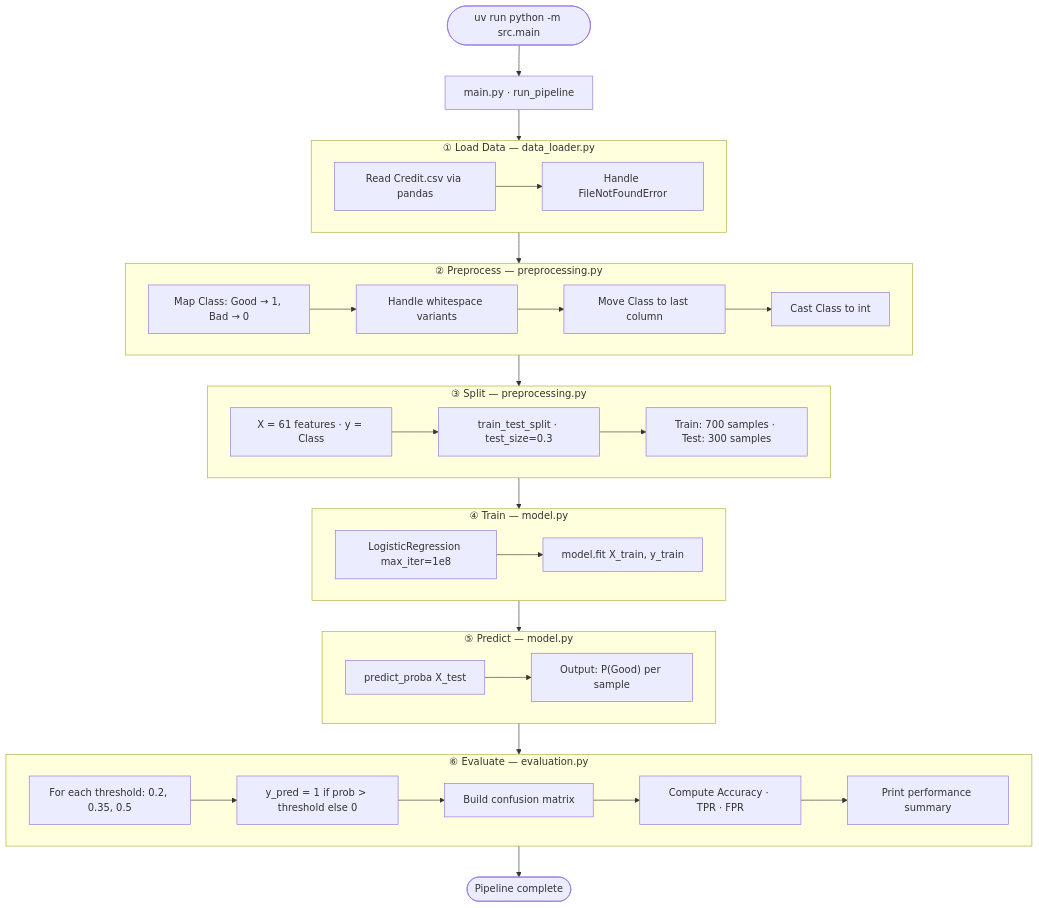
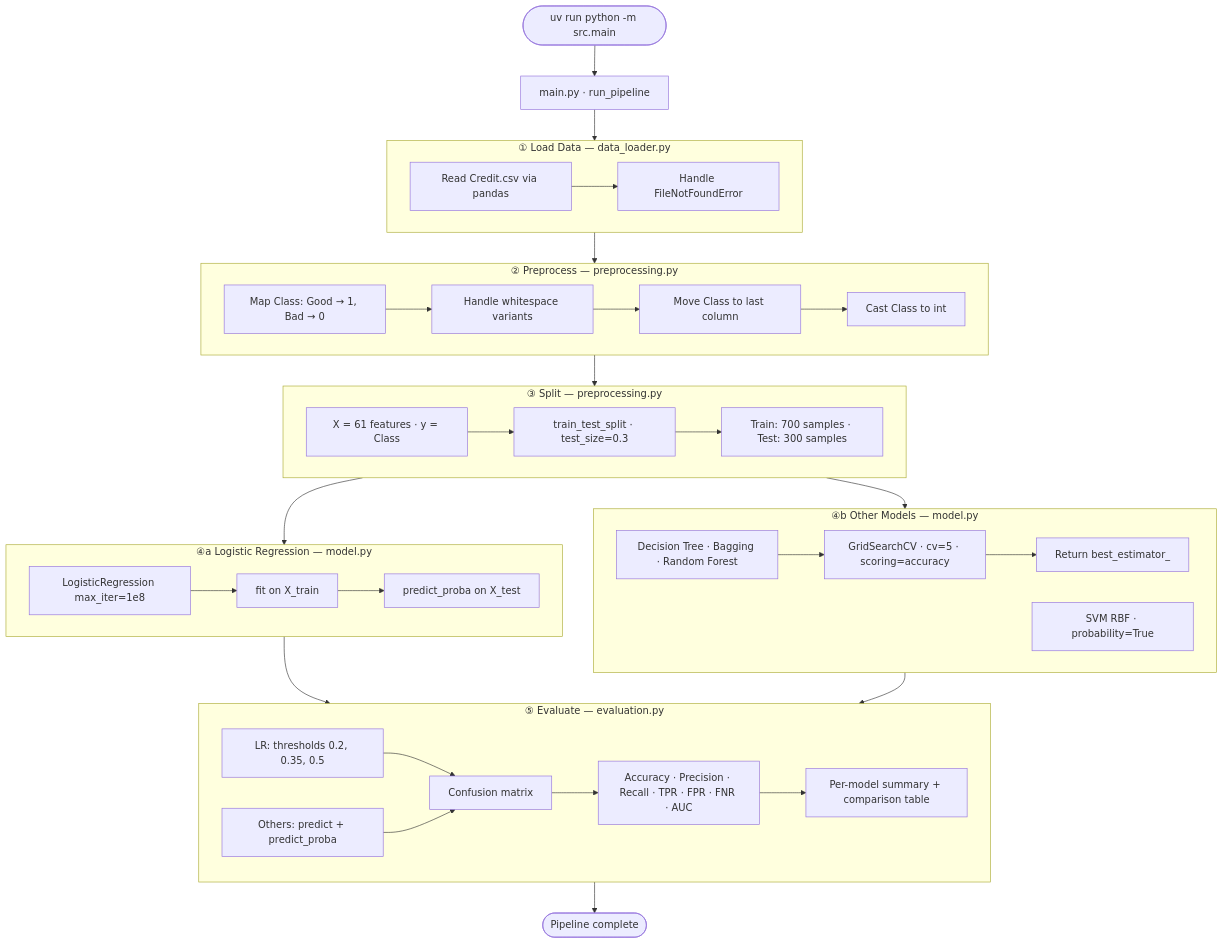
Before and after one commit to yhimanshu22/credit_risk_assessment: the first of 4 diagrams in architecture.md, drawn with Mermaid. The commit also changed other lines of this file, not shown here.

````diff
--- a/architecture.md
+++ b/architecture.md
@@ -19,52 +20,59 @@
 ```mermaid
 flowchart TB
     START([uv run python -m src.main]) --> MAIN[main.py · run_pipeline]
 
     MAIN --> S1
 
     subgraph S1["① Load Data — data_loader.py"]
         L1[Read Credit.csv via pandas]
         L2[Handle FileNotFoundError]
         L1 --> L2
     end
 
     subgraph S2["② Preprocess — preprocessing.py"]
         P1[Map Class: Good → 1, Bad → 0]
         P2[Handle whitespace variants]
         P3[Move Class to last column]
         P4[Cast Class to int]
         P1 --> P2 --> P3 --> P4
     end
 
     subgraph S3["③ Split — preprocessing.py"]
         SP1[X = 61 features · y = Class]
         SP2[train_test_split · test_size=0.3]
         SP3["Train: 700 samples · Test: 300 samples"]
         SP1 --> SP2 --> SP3
     end
 
-    subgraph S4["④ Train — model.py"]
-        T1[LogisticRegression max_iter=1e8]
-        T2[model.fit X_train, y_train]
-        T1 --> T2
+    subgraph S4A["④a Logistic Regression — model.py"]
+        LR1[LogisticRegression max_iter=1e8]
+        LR2[fit on X_train]
+        LR3[predict_proba on X_test]
+        LR1 --> LR2 --> LR3
     end
 
-    subgraph S5["⑤ Predict — model.py"]
-        PR1[predict_proba X_test]
-        PR2["Output: P(Good) per sample"]
-        PR1 --> PR2
+    subgraph S4B["④b Other Models — model.py"]
+        M1[Decision Tree · Bagging · Random Forest]
+        M2[GridSearchCV · cv=5 · scoring=accuracy]
+        M3[Return best_estimator_]
+        M4[SVM RBF · probability=True]
+        M1 --> M2 --> M3
+        M4
     end
 
-    subgraph S6["⑥ Evaluate — evaluation.py"]
-        E1["For each threshold: 0.2, 0.35, 0.5"]
-        E2["y_pred = 1 if prob > threshold else 0"]
-        E3[Build confusion matrix]
-        E4[Compute Accuracy · TPR · FPR]
-        E5[Print performance summary]
-        E1 --> E2 --> E3 --> E4 --> E5
+    subgraph S5["⑤ Evaluate — evaluation.py"]
+        E1["LR: thresholds 0.2, 0.35, 0.5"]
+        E2["Others: predict + predict_proba"]
+        E3[Confusion matrix]
+        E4[Accuracy · Precision · Recall · TPR · FPR · FNR · AUC]
+        E5[Per-model summary + comparison table]
+        E1 --> E3
+        E2 --> E3
+        E3 --> E4 --> E5
     end
 
     END([Pipeline complete])
 
-    S1 --> S2 --> S3 --> S4 --> S5 --> S6 --> END
+    S1 --> S2 --> S3 --> S4A --> S5
+    S3 --> S4B --> S5 --> END
 ```
````
